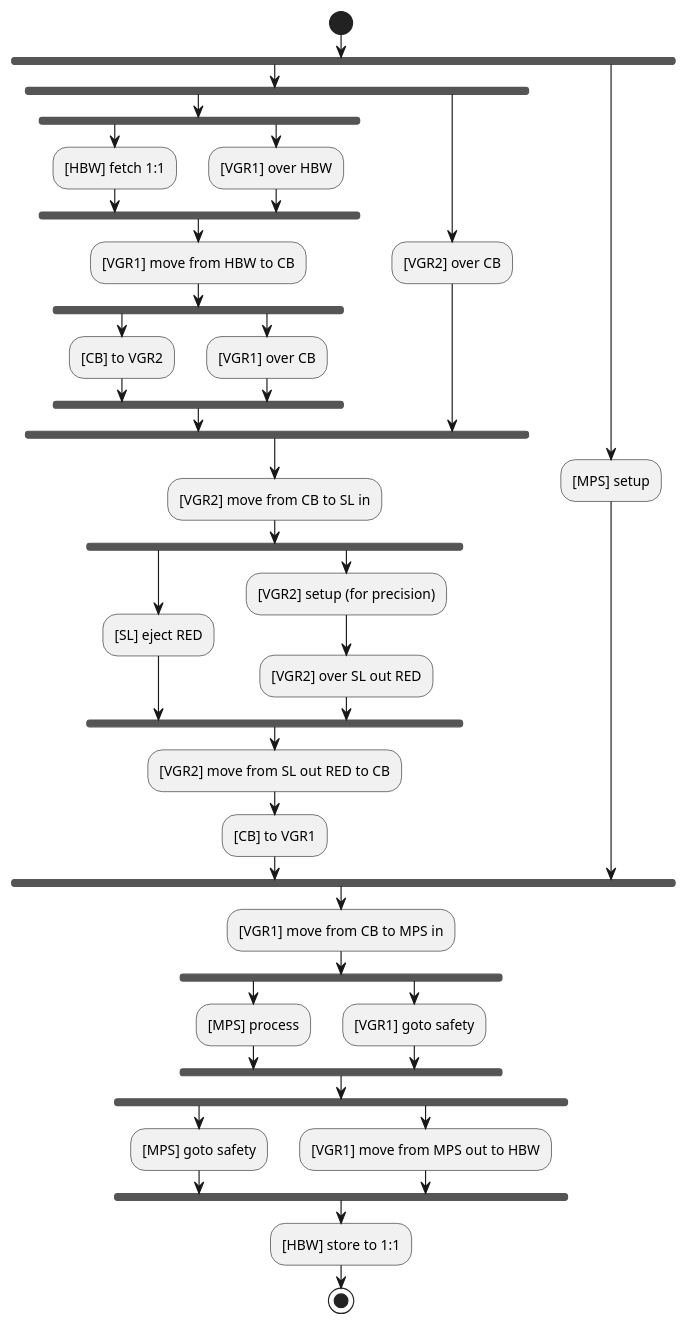
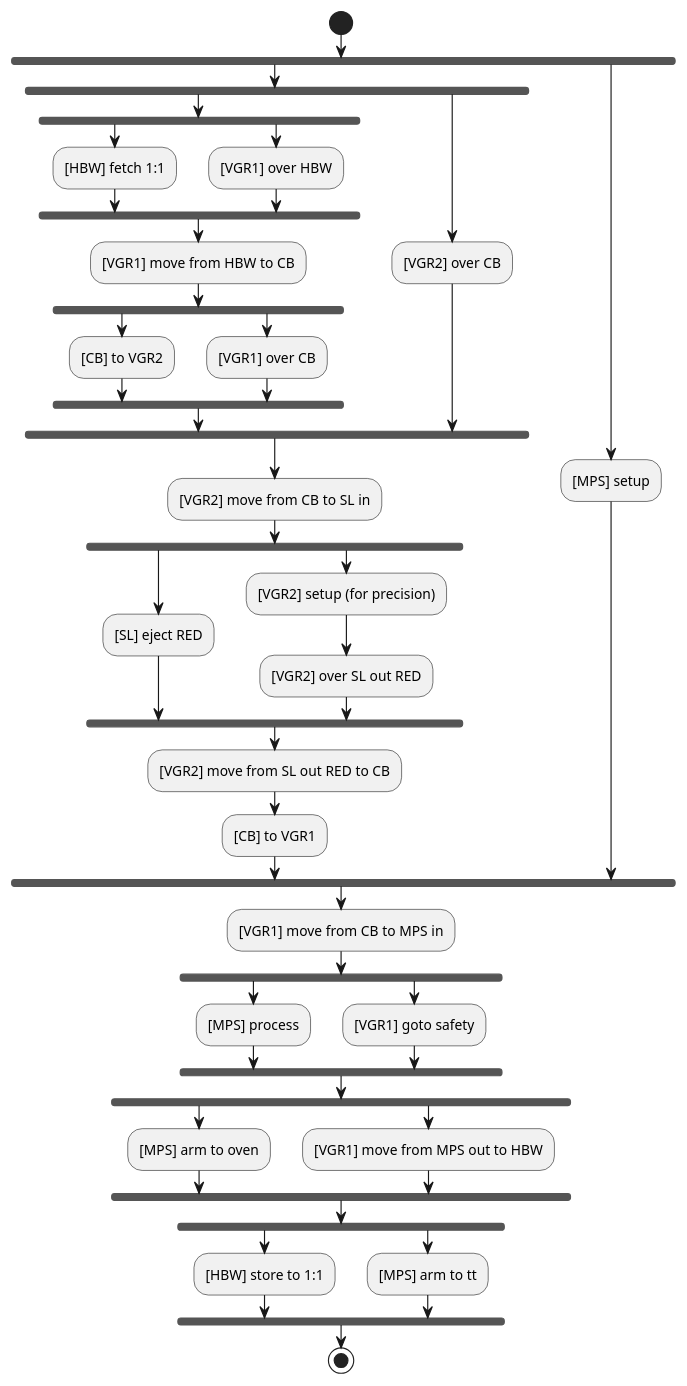
Before and after one commit to edt-edu/dt-setups: the diagram in RWTH_Setup/scripts/mission-models/Island1-Fetch-Sort-Process-and-Store.puml, drawn with PlantUML. The commit also changed 2 other files, not shown here.

Commit message:
Move the mps arm back to the tt while the hwb takes care of storing

```diff
--- a/RWTH_Setup/scripts/mission-models/Island1-Fetch-Sort-Process-and-Store.puml
+++ b/RWTH_Setup/scripts/mission-models/Island1-Fetch-Sort-Process-and-Store.puml
@@ -1,54 +1,58 @@
 @startuml
 'https://plantuml.com/activity-diagram-beta
 
 start
 
 fork
   fork
     fork
       :[HBW] fetch 1:1;
     fork again
       :[VGR1] over HBW;
     end fork
     :[VGR1] move from HBW to CB;
     fork
       :[CB] to VGR2;
     fork again
       :[VGR1] over CB;
     end fork
   fork again
     :[VGR2] over CB;
   end fork
   :[VGR2] move from CB to SL in;
   fork
     :[SL] eject RED;
   fork again
     :[VGR2] setup (for precision);
     :[VGR2] over SL out RED;
   end fork
 
   :[VGR2] move from SL out RED to CB;
   :[CB] to VGR1;
 fork again
   :[MPS] setup;
 end fork
 
 :[VGR1] move from CB to MPS in;
 
 fork
   :[MPS] process;
 fork again
   :[VGR1] goto safety;
 end fork
 
 fork
-  :[MPS] goto safety;
+  :[MPS] arm to oven;
 fork again
   :[VGR1] move from MPS out to HBW;
 end fork
 
-:[HBW] store to 1:1;
+fork
+  :[HBW] store to 1:1;
+fork again
+  :[MPS] arm to tt;
+end fork
 
 stop
 
 @enduml
```
